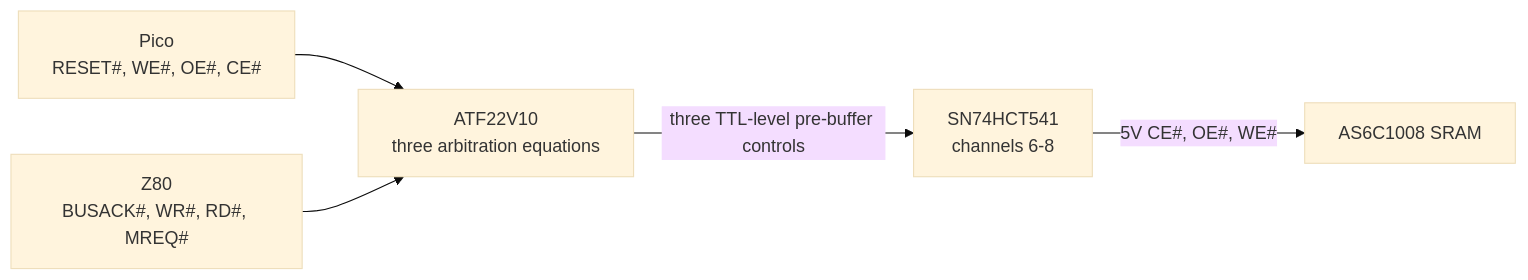
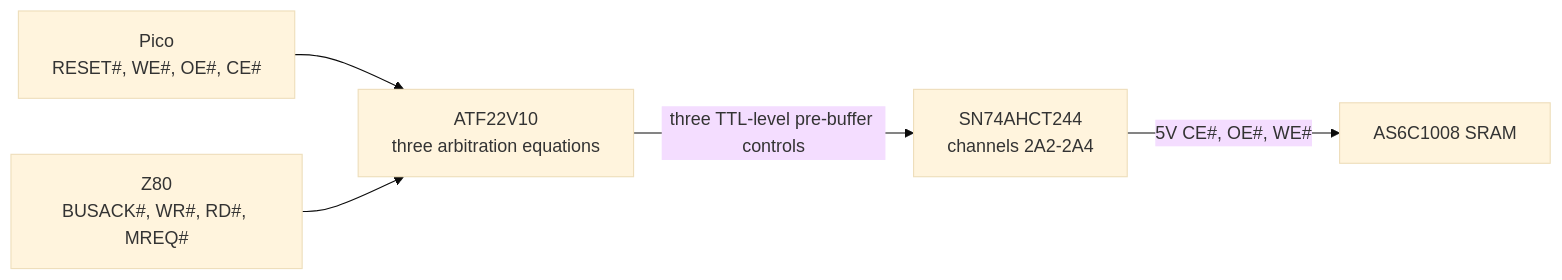
Before and after one commit to gloveboxes/Z80ROMlessSBC: the sixth of 9 diagrams in README.md, drawn with Mermaid (base theme). The commit also changed other lines of this file and 19 other files, not shown here.

First line of the commit message:
Refactor breadboard layout and schematic to replace SN74HCT541N with SN74AHCT244N

````diff
--- a/README.md
+++ b/README.md
@@ -774,7 +802,7 @@
 ```mermaid
 flowchart LR
   PICO["Pico<br/>RESET#, WE#, OE#, CE#"] --> GAL["ATF22V10<br/>three arbitration equations"]
   Z80["Z80<br/>BUSACK#, WR#, RD#, MREQ#"] --> GAL
-  GAL -->|"three TTL-level pre-buffer controls"| HCT["SN74HCT541<br/>channels 6-8"]
+  GAL -->|"three TTL-level pre-buffer controls"| HCT["SN74AHCT244<br/>channels 2A2-2A4"]
   HCT -->|"5V CE#, OE#, WE#"| SRAM["AS6C1008 SRAM"]
 ```
````
